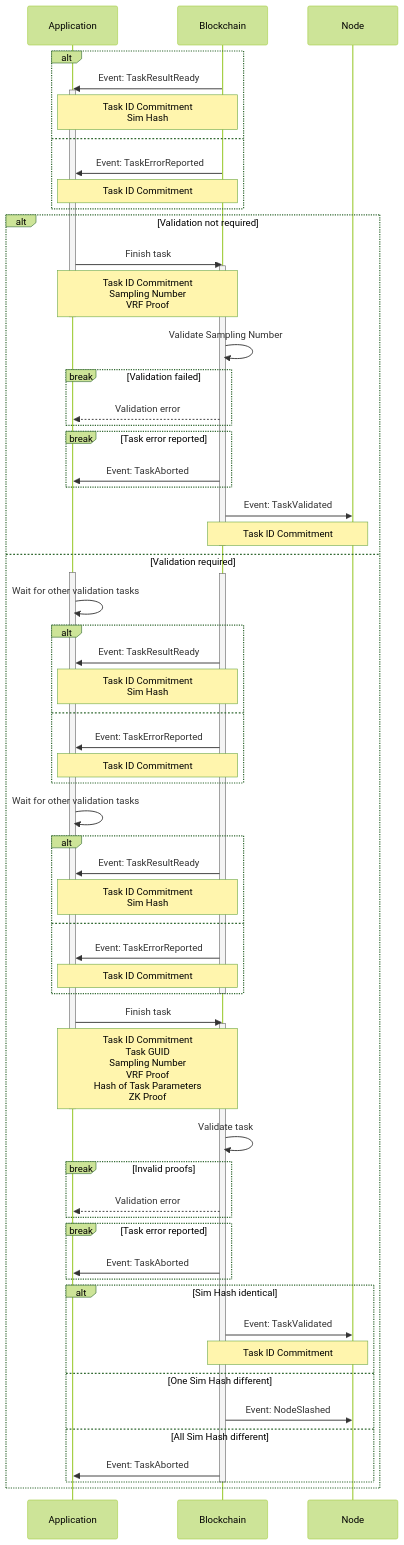
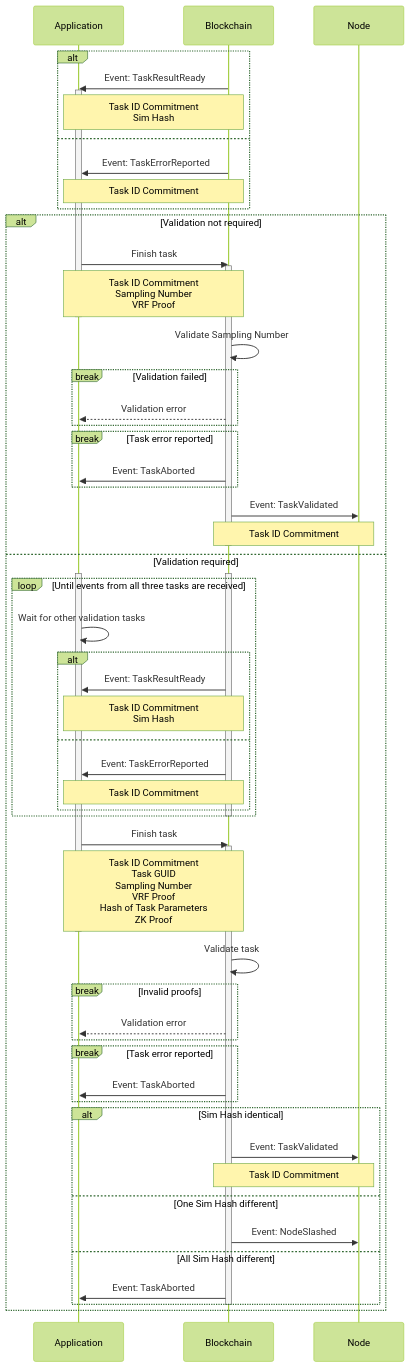
Before and after one commit to crynux-ai/documentation: the third of 4 diagrams in gitbook/system-design/task-lifecycle.md, drawn with Mermaid (forest theme).

Commit message:
GITBOOK-294: No subject

````diff
--- a/gitbook/system-design/task-lifecycle.md
+++ b/gitbook/system-design/task-lifecycle.md
@@ -262,82 +262,74 @@
 ```mermaid
 sequenceDiagram
     Participant A as Application
     Participant B as Blockchain
     Participant N as Node
 
     alt
         B ->> A: Event: TaskResultReady
         activate A
         Note over A,B: Task ID Commitment<br />Sim Hash
     else
         B ->> A: Event: TaskErrorReported
         Note over A,B: Task ID Commitment
     end
 
     alt Validation not required
         A ->> B: Finish task
         activate B
         Note over A,B: Task ID Commitment<br/>Sampling Number<br/>VRF Proof
         deactivate A
         B ->> B: Validate Sampling Number
         break Validation failed
             B -->> A: Validation error 
         end
         break Task error reported
             B ->> A: Event: TaskAborted
         end
 
         B ->> N: Event: TaskValidated
         Note over B,N: Task ID Commitment
         
         deactivate B
     else Validation required
         activate A
         activate B
-        A ->> A: Wait for other validation tasks
-        
-        alt
-            B ->> A: Event: TaskResultReady
-            Note over A,B: Task ID Commitment<br />Sim Hash
-        else
-            B ->> A: Event: TaskErrorReported
-            Note over A,B: Task ID Commitment
-        end
 
-        A ->> A: Wait for other validation tasks
-        
-        alt
-            B ->> A: Event: TaskResultReady
-            Note over A,B: Task ID Commitment<br />Sim Hash
-        else
-            B ->> A: Event: TaskErrorReported
-            Note over A,B: Task ID Commitment
+        loop Until events from all three tasks are received
+            A ->> A: Wait for other validation tasks
+            alt
+                B ->> A: Event: TaskResultReady
+                Note over A,B: Task ID Commitment<br />Sim Hash
+            else
+                B ->> A: Event: TaskErrorReported
+                Note over A,B: Task ID Commitment
+            end            
         end
 
         deactivate B
 
         A ->> B: Finish task
         activate B
         Note over A,B: Task ID Commitment<br/>Task GUID<br/>Sampling Number<br/>VRF Proof<br/>Hash of Task Parameters<br/>ZK Proof
         deactivate A
         B ->> B: Validate task
         break Invalid proofs
             B -->> A: Validation error 
         end
         break Task error reported
             B ->> A: Event: TaskAborted
         end
         
         alt Sim Hash identical
             B ->> N: Event: TaskValidated
             Note over B,N: Task ID Commitment
         else One Sim Hash different
             B ->> N: Event: NodeSlashed
         else All Sim Hash different
             B ->> A: Event: TaskAborted
         end
 
         deactivate B
     end
     
 ```
````
